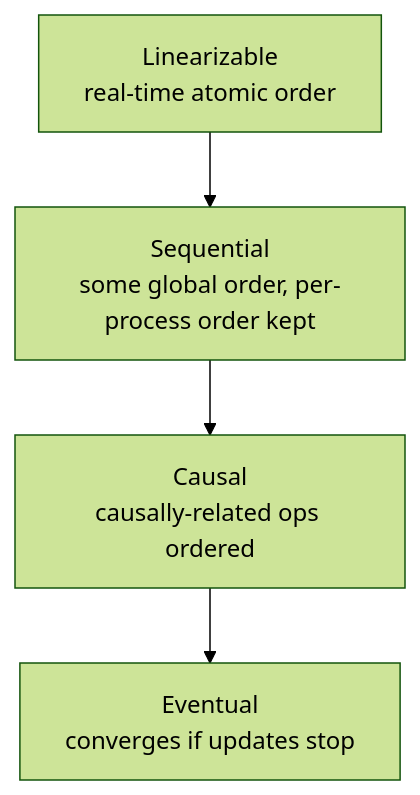
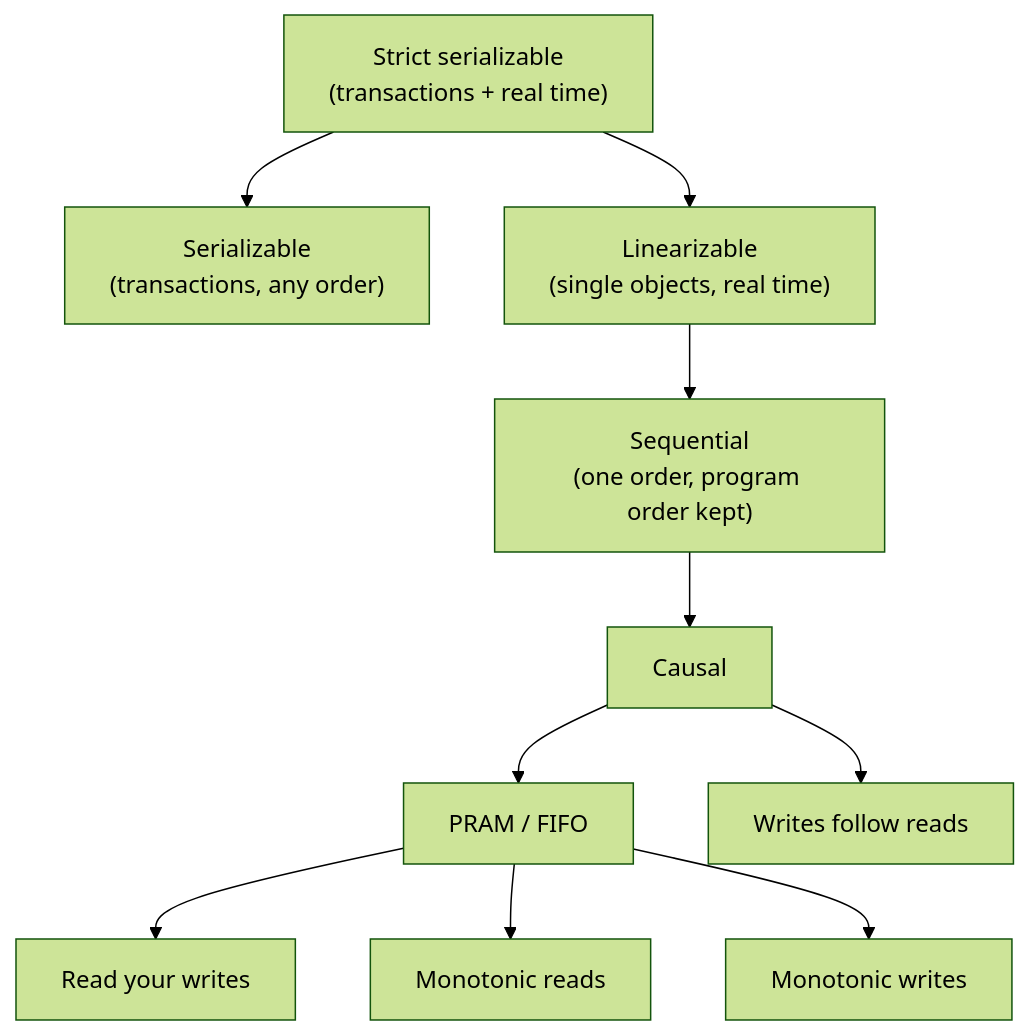
The fourth of 6 diagrams in github-pages/docs/advanced/distributed-systems-theory.md (AndrewAltimit/Documentation), drawn with Mermaid (forest theme) before and after one commit. The commit also changed other lines of this file and 240 other files, not shown here.

````diff
--- a/github-pages/docs/advanced/distributed-systems-theory.md
+++ b/github-pages/docs/advanced/distributed-systems-theory.md
@@ -214,6 +232,12 @@
 ```mermaid
 flowchart TD
-    Lin["Linearizable<br/>real-time atomic order"] --> Seq["Sequential<br/>some global order, per-process order kept"]
-    Seq --> Cau["Causal<br/>causally-related ops ordered"]
-    Cau --> Eve["Eventual<br/>converges if updates stop"]
+    SS["Strict serializable<br/>(transactions + real time)"] --> SER["Serializable<br/>(transactions, any order)"]
+    SS --> LIN["Linearizable<br/>(single objects, real time)"]
+    LIN --> SEQ["Sequential<br/>(one order, program order kept)"]
+    SEQ --> CAU["Causal"]
+    CAU --> PRAM["PRAM / FIFO"]
+    CAU --> WFR["Writes follow reads"]
+    PRAM --> RYW["Read your writes"]
+    PRAM --> MR["Monotonic reads"]
+    PRAM --> MW["Monotonic writes"]
 ```
````
